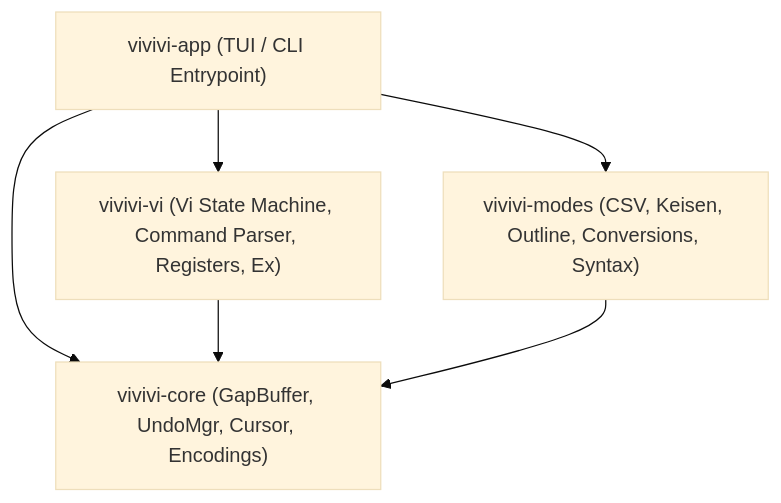
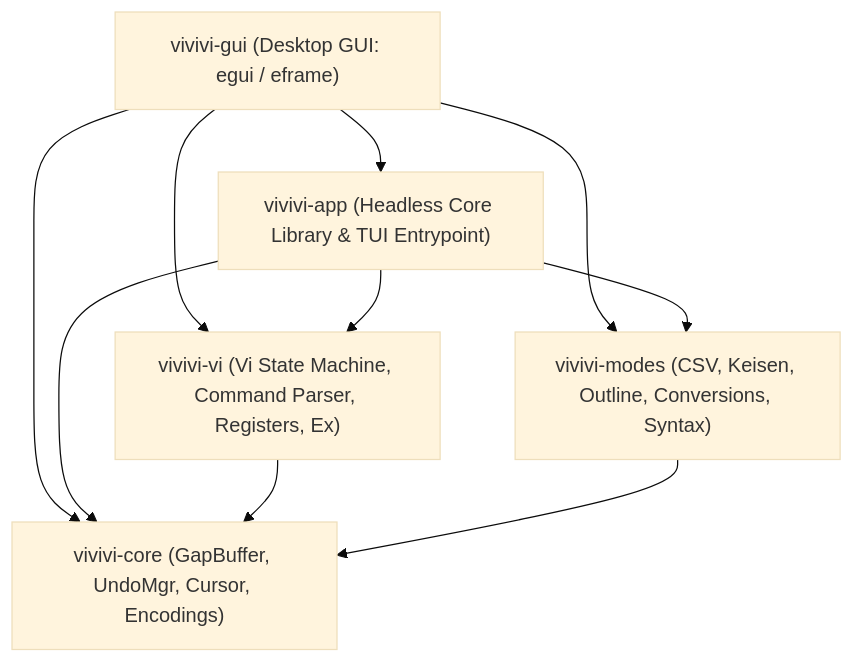
Before and after one commit to tkshnkgwr/vivivi: the diagram in README.md, drawn with Mermaid (base theme). The commit also changed other lines of this file and 34 other files, not shown here.

First line of the commit message:
feat: デスクトップGUIフロントエンド(vivivi-gui)の全面実装と文字コード・改行早期自動判別 (v0.9.5-beta)

````diff
--- a/README.md
+++ b/README.md
@@ -99,13 +104,18 @@
 ```mermaid
 graph TD
-    App["vivivi-app (TUI / CLI Entrypoint)"]
+    Gui["vivivi-gui (Desktop GUI: egui / eframe)"]
+    App["vivivi-app (Headless Core Library & TUI Entrypoint)"]
     Core["vivivi-core (GapBuffer, UndoMgr, Cursor, Encodings)"]
     Vi["vivivi-vi (Vi State Machine, Command Parser, Registers, Ex)"]
     Modes["vivivi-modes (CSV, Keisen, Outline, Conversions, Syntax)"]
 
+    Gui --> App
+    Gui --> Vi
+    Gui --> Modes
+    Gui --> Core
     App --> Vi
     App --> Modes
     App --> Core
     Vi --> Core
     Modes --> Core
 ```
````
